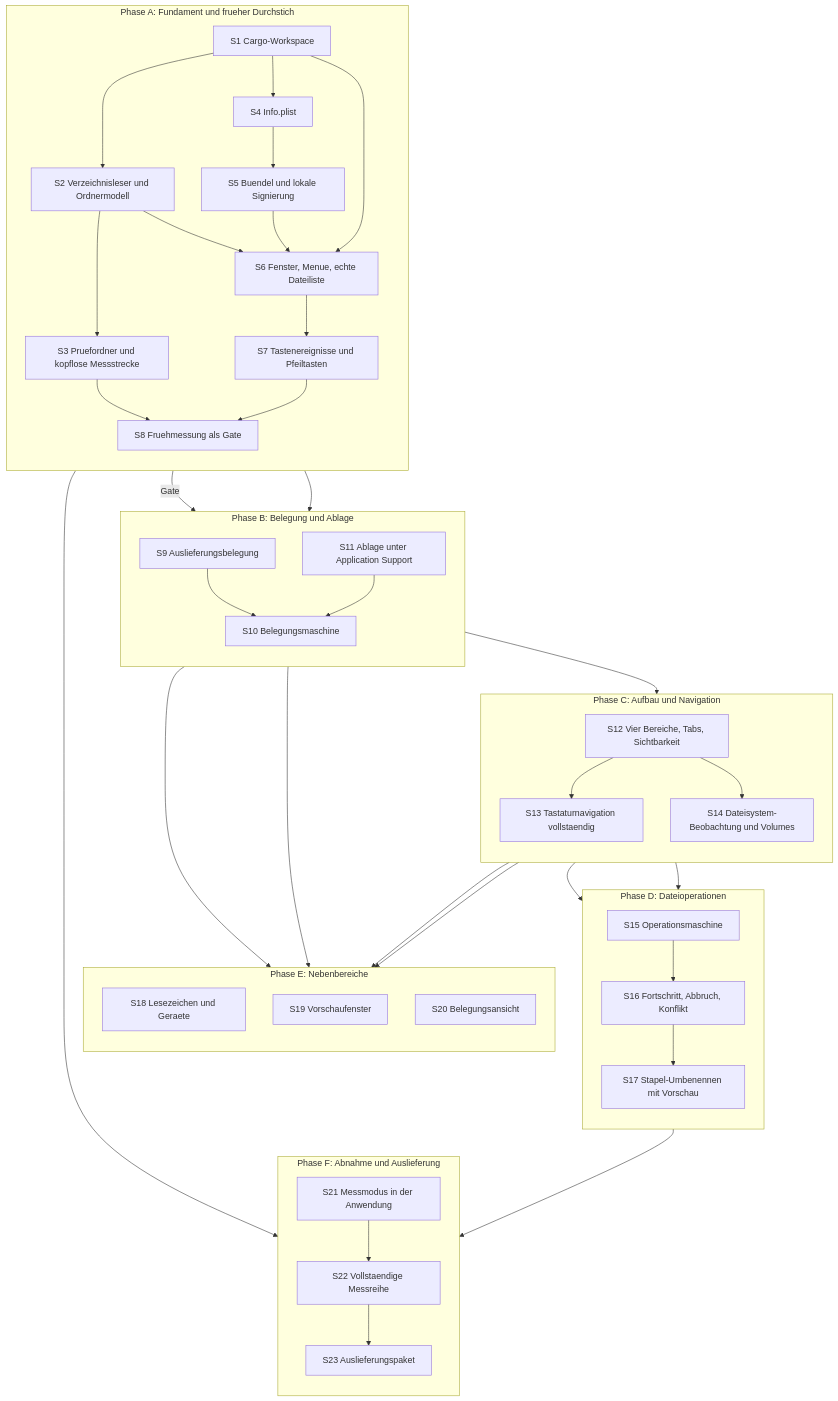
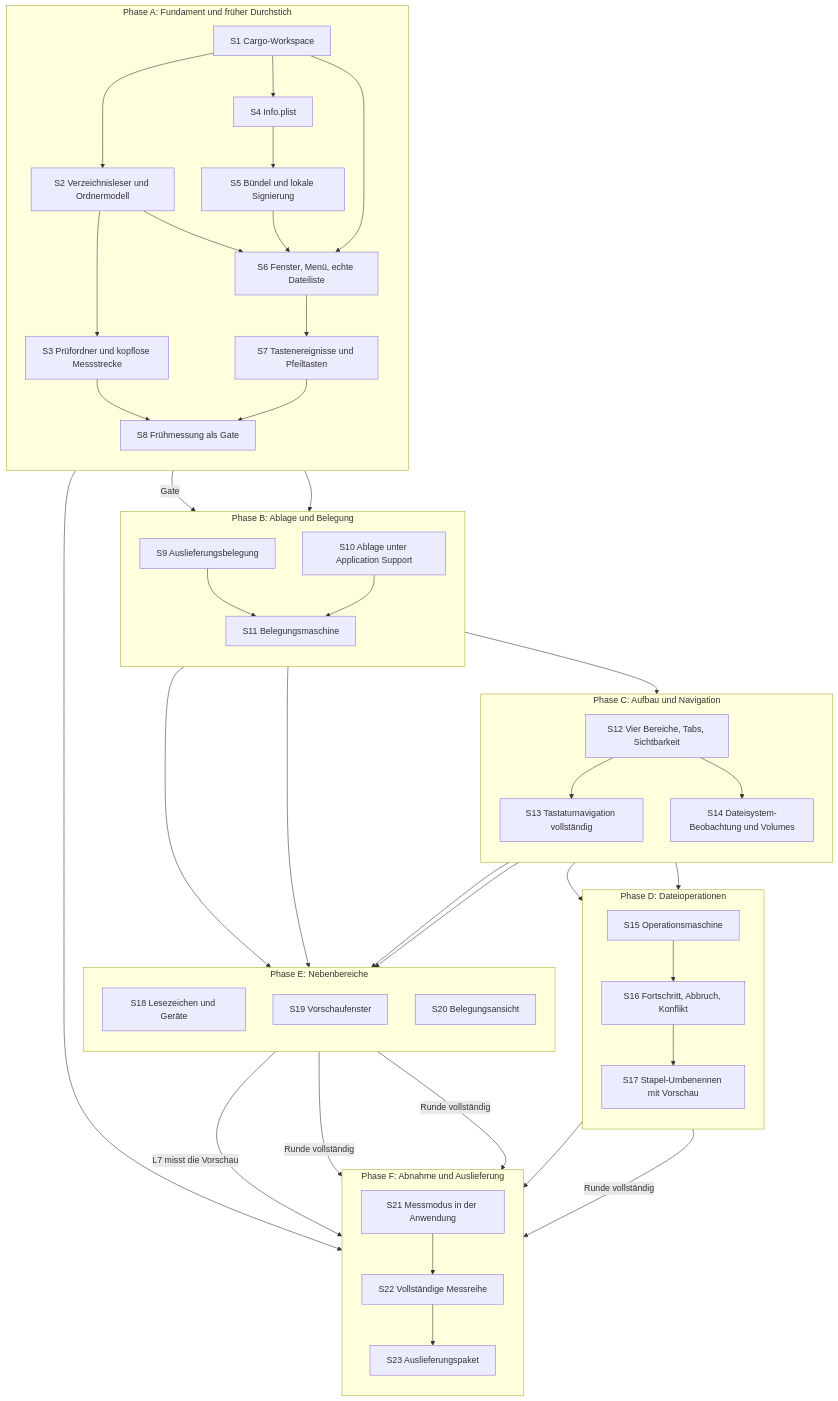
Before and after one commit to tenzoki/krk: the fourth of 4 diagrams in fusion-workbench/circles/260802-0842-krk-mac-dateimanager-editor-git/planning/260802-1428_o_plan-navigator-geruest-runde-1.md, drawn with Mermaid. The commit also changed other lines of this file and 5 other files, not shown here.

````diff
--- a/fusion-workbench/circles/260802-0842-krk-mac-dateimanager-editor-git/planning/260802-1428_o_plan-navigator-geruest-runde-1.md
+++ b/fusion-workbench/circles/260802-0842-krk-mac-dateimanager-editor-git/planning/260802-1428_o_plan-navigator-geruest-runde-1.md
@@ -283,74 +299,78 @@
 ```mermaid
 flowchart TD
-  subgraph A["Phase A: Fundament und frueher Durchstich"]
+  subgraph A["Phase A: Fundament und früher Durchstich"]
     direction TB
     S1["S1 Cargo-Workspace"]
     S2["S2 Verzeichnisleser und Ordnermodell"]
-    S3["S3 Pruefordner und kopflose Messstrecke"]
+    S3["S3 Prüfordner und kopflose Messstrecke"]
     S4["S4 Info.plist"]
-    S5["S5 Buendel und lokale Signierung"]
-    S6["S6 Fenster, Menue, echte Dateiliste"]
+    S5["S5 Bündel und lokale Signierung"]
+    S6["S6 Fenster, Menü, echte Dateiliste"]
     S7["S7 Tastenereignisse und Pfeiltasten"]
-    S8["S8 Fruehmessung als Gate"]
+    S8["S8 Frühmessung als Gate"]
   end
-  subgraph B["Phase B: Belegung und Ablage"]
+  subgraph B["Phase B: Ablage und Belegung"]
     direction TB
     S9["S9 Auslieferungsbelegung"]
-    S10["S10 Belegungsmaschine"]
-    S11["S11 Ablage unter Application Support"]
+    S10["S10 Ablage unter Application Support"]
+    S11["S11 Belegungsmaschine"]
   end
   subgraph C["Phase C: Aufbau und Navigation"]
     direction TB
     S12["S12 Vier Bereiche, Tabs, Sichtbarkeit"]
-    S13["S13 Tastaturnavigation vollstaendig"]
+    S13["S13 Tastaturnavigation vollständig"]
     S14["S14 Dateisystem-Beobachtung und Volumes"]
   end
   subgraph D["Phase D: Dateioperationen"]
     direction TB
     S15["S15 Operationsmaschine"]
     S16["S16 Fortschritt, Abbruch, Konflikt"]
     S17["S17 Stapel-Umbenennen mit Vorschau"]
   end
   subgraph E["Phase E: Nebenbereiche"]
     direction TB
-    S18["S18 Lesezeichen und Geraete"]
+    S18["S18 Lesezeichen und Geräte"]
     S19["S19 Vorschaufenster"]
     S20["S20 Belegungsansicht"]
   end
   subgraph F["Phase F: Abnahme und Auslieferung"]
     direction TB
     S21["S21 Messmodus in der Anwendung"]
-    S22["S22 Vollstaendige Messreihe"]
+    S22["S22 Vollständige Messreihe"]
     S23["S23 Auslieferungspaket"]
   end
 
   S1 --> S2
   S1 --> S4
   S2 --> S3
   S4 --> S5
   S1 --> S6
   S2 --> S6
   S5 --> S6
   S6 --> S7
   S3 --> S8
   S7 --> S8
   S8 -->|Gate| S9
-  S9 --> S10
-  S1 --> S11
-  S11 --> S10
-  S10 --> S12
+  S1 --> S10
+  S9 --> S11
+  S10 --> S11
+  S11 --> S12
   S12 --> S13
   S12 --> S14
   S13 --> S15
   S14 --> S15
   S15 --> S16
   S16 --> S17
   S14 --> S18
-  S11 --> S18
+  S10 --> S18
   S12 --> S19
-  S10 --> S20
+  S11 --> S20
   S16 --> S21
+  S19 -->|L7 misst die Vorschau| S21
   S21 --> S22
   S5 --> S23
   S22 --> S23
+  S17 -->|Runde vollständig| S23
+  S18 -->|Runde vollständig| S23
+  S20 -->|Runde vollständig| S23
 ```
````
